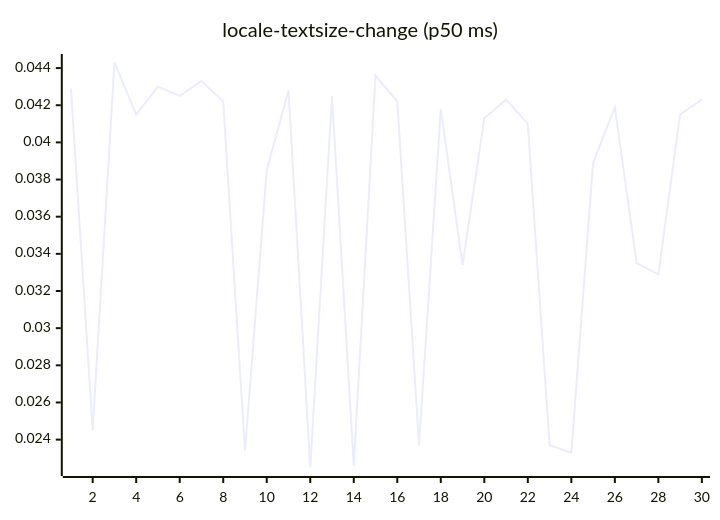
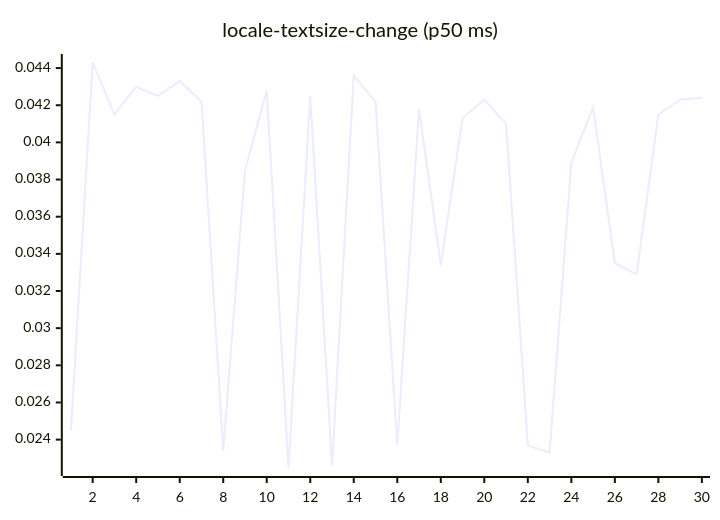
Diagram 13 of 27 in README.md (josha/Facet), drawn with Mermaid before and after one commit. The commit also changed other lines of this file and 2 other files, not shown here.

````diff
--- a/README.md
+++ b/README.md
@@ -147,6 +147,6 @@
 ```mermaid
 xychart-beta
     title "locale-textsize-change (p50 ms)"
     x-axis 1 --> 30
-    line [0.0429, 0.0245, 0.0443, 0.0415, 0.0430, 0.0425, 0.0433, 0.0422, 0.0234, 0.0385, 0.0428, 0.0225, 0.0425, 0.0226, 0.0436, 0.0422, 0.0237, 0.0418, 0.0334, 0.0413, 0.0423, 0.0410, 0.0237, 0.0233, 0.0389, 0.0419, 0.0335, 0.0329, 0.0415, 0.0423]
+    line [0.0245, 0.0443, 0.0415, 0.0430, 0.0425, 0.0433, 0.0422, 0.0234, 0.0385, 0.0428, 0.0225, 0.0425, 0.0226, 0.0436, 0.0422, 0.0237, 0.0418, 0.0334, 0.0413, 0.0423, 0.0410, 0.0237, 0.0233, 0.0389, 0.0419, 0.0335, 0.0329, 0.0415, 0.0423, 0.0424]
 ```
````
